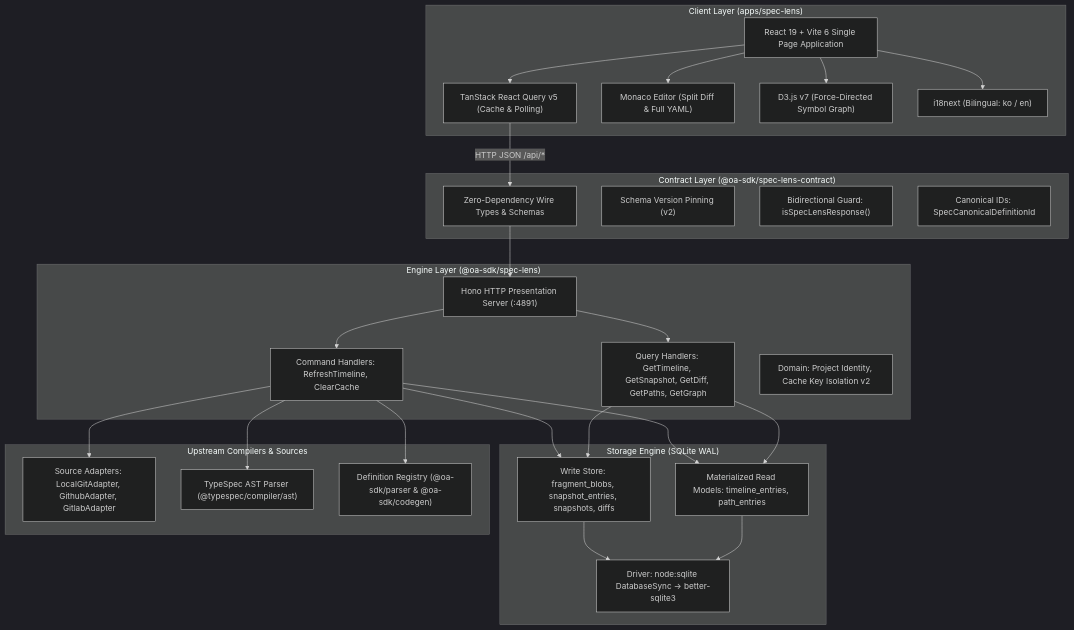
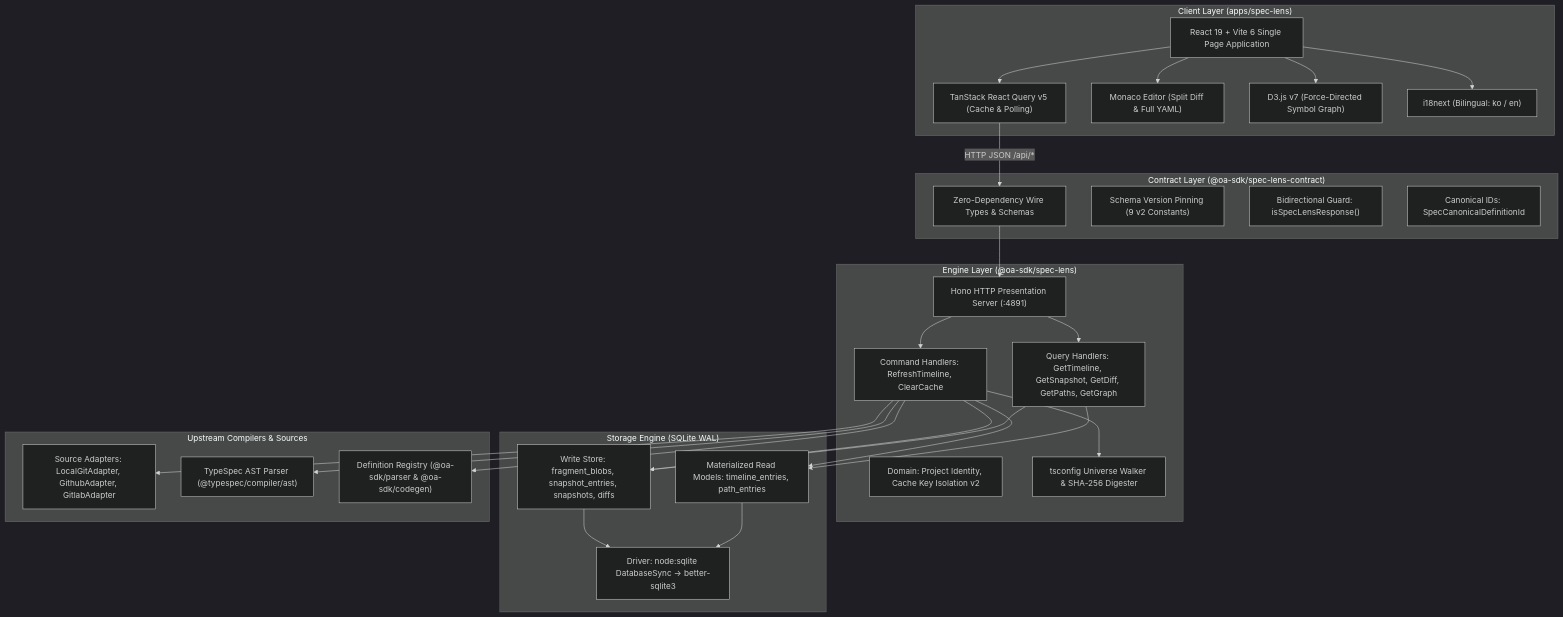
Before and after one commit to mineclover/oa-sdk: the first of 3 diagrams in .agents/skills/oa-spec-lens/SKILL.md, drawn with Mermaid (dark theme). The commit also changed other lines of this file and 44 other files, not shown here.

````diff
--- a/.agents/skills/oa-spec-lens/SKILL.md
+++ b/.agents/skills/oa-spec-lens/SKILL.md
@@ -18,54 +18,56 @@
 ```mermaid
 graph TD
     subgraph UI ["Client Layer (apps/spec-lens)"]
         ReactApp["React 19 + Vite 6 Single Page Application"]
         TanStack["TanStack React Query v5 (Cache & Polling)"]
         Monaco["Monaco Editor (Split Diff & Full YAML)"]
         D3Graph["D3.js v7 (Force-Directed Symbol Graph)"]
         i18n["i18next (Bilingual: ko / en)"]
     end
 
     subgraph Contract ["Contract Layer (@oa-sdk/spec-lens-contract)"]
         WireTypes["Zero-Dependency Wire Types & Schemas"]
-        VersionPin["Schema Version Pinning (v2)"]
+        VersionPin["Schema Version Pinning (9 v2 Constants)"]
         TypeGuards["Bidirectional Guard: isSpecLensResponse()"]
         CanonicalId["Canonical IDs: SpecCanonicalDefinitionId"]
     end
 
     subgraph Server ["Engine Layer (@oa-sdk/spec-lens)"]
         HonoApp["Hono HTTP Presentation Server (:4891)"]
         CQRSCommand["Command Handlers: RefreshTimeline, ClearCache"]
         CQRSQuery["Query Handlers: GetTimeline, GetSnapshot, GetDiff, GetPaths, GetGraph"]
         ProjectDomain["Domain: Project Identity, Cache Key Isolation v2"]
+        TsUniverse["tsconfig Universe Walker & SHA-256 Digester"]
     end
 
     subgraph Storage ["Storage Engine (SQLite WAL)"]
         SqliteDriver["Driver: node:sqlite DatabaseSync -> better-sqlite3"]
         WriteTables["Write Store: fragment_blobs, snapshot_entries, snapshots, diffs"]
         ReadTables["Materialized Read Models: timeline_entries, path_entries"]
     end
 
     subgraph Sources ["Upstream Compilers & Sources"]
         GitAdapters["Source Adapters: LocalGitAdapter, GithubAdapter, GitlabAdapter"]
         TypeSpecAST["TypeSpec AST Parser (@typespec/compiler/ast)"]
         DefRegistry["Definition Registry (@oa-sdk/parser & @oa-sdk/codegen)"]
     end
 
     ReactApp --> TanStack
     ReactApp --> Monaco
     ReactApp --> D3Graph
     ReactApp --> i18n
     TanStack -->|HTTP JSON /api/*| WireTypes
     WireTypes --> HonoApp
     HonoApp --> CQRSCommand
     HonoApp --> CQRSQuery
     CQRSCommand --> WriteTables
     CQRSCommand --> ReadTables
     CQRSQuery --> ReadTables
     CQRSQuery --> WriteTables
     WriteTables --> SqliteDriver
     ReadTables --> SqliteDriver
     CQRSCommand --> GitAdapters
     CQRSCommand --> TypeSpecAST
     CQRSCommand --> DefRegistry
+    CQRSCommand --> TsUniverse
 ```
````
